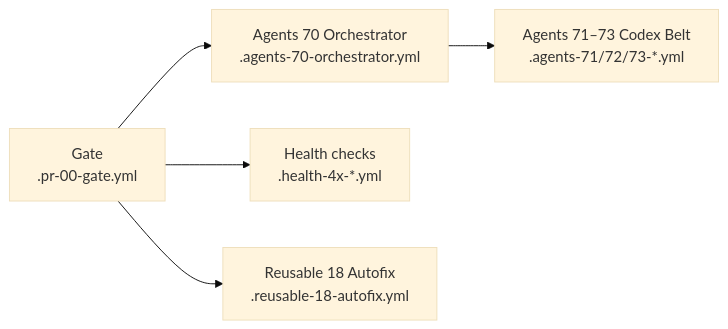
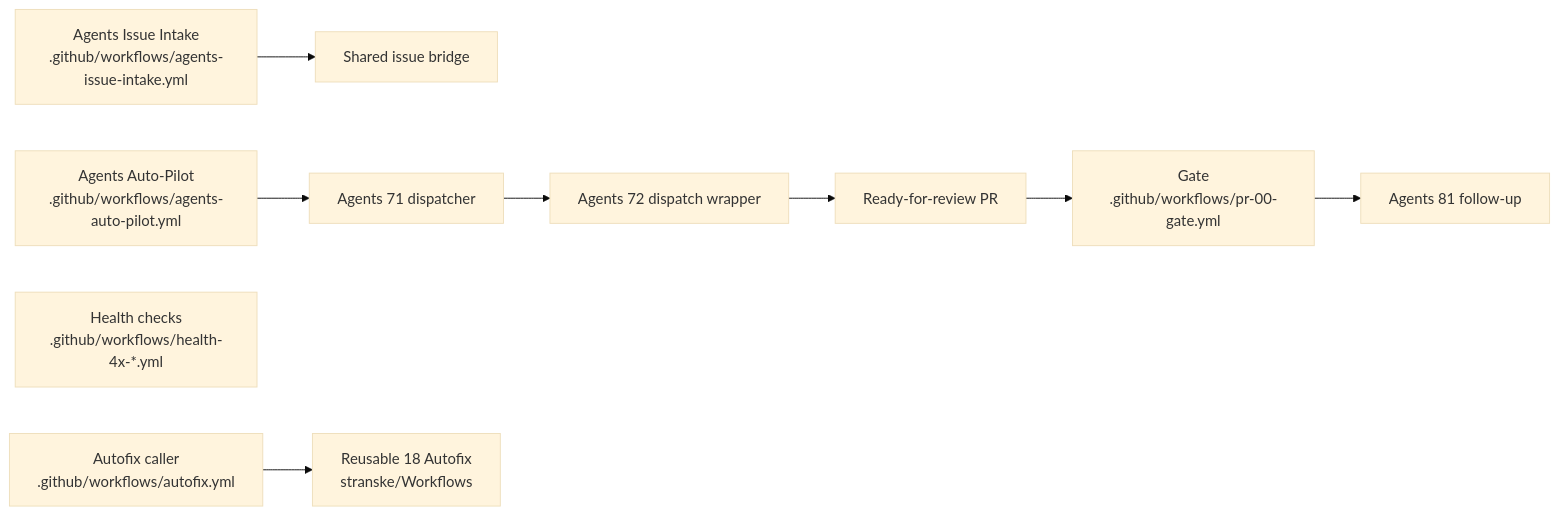
The first of 2 diagrams in docs/ci/WORKFLOWS.md (stranske/Trend_Model_Project), drawn with Mermaid (base theme) before and after one commit. The commit also changed other lines of this file and 38 other files, not shown here.

````diff
--- a/docs/ci/WORKFLOWS.md
+++ b/docs/ci/WORKFLOWS.md
@@ -10,7 +10,8 @@
 ```mermaid
 flowchart LR
-    gate["Gate\n.pr-00-gate.yml"] --> agents70["Agents 70 Orchestrator\n.agents-70-orchestrator.yml"]
-    gate --> healthGuard["Health checks\n.health-4x-*.yml"]
-    gate --> autofix["Reusable 18 Autofix\n.reusable-18-autofix.yml"]
-    agents70 --> agentsBelt["Agents 71–73 Codex Belt\n.agents-71/72/73-*.yml"]
+    intake["Agents Issue Intake\n.github/workflows/agents-issue-intake.yml"] --> bridge["Shared issue bridge"]
+    autoPilot["Agents Auto-Pilot\n.github/workflows/agents-auto-pilot.yml"] --> dispatcher["Agents 71 dispatcher"] --> workerDispatch["Agents 72 dispatch wrapper"]
+    workerDispatch --> readyPr["Ready-for-review PR"] --> gate["Gate\n.github/workflows/pr-00-gate.yml"] --> gateFollowups["Agents 81 follow-up"]
+    healthGuard["Health checks\n.github/workflows/health-4x-*.yml"]
+    autofixCaller["Autofix caller\n.github/workflows/autofix.yml"] --> autofix["Reusable 18 Autofix\nstranske/Workflows"]
 ```
````
